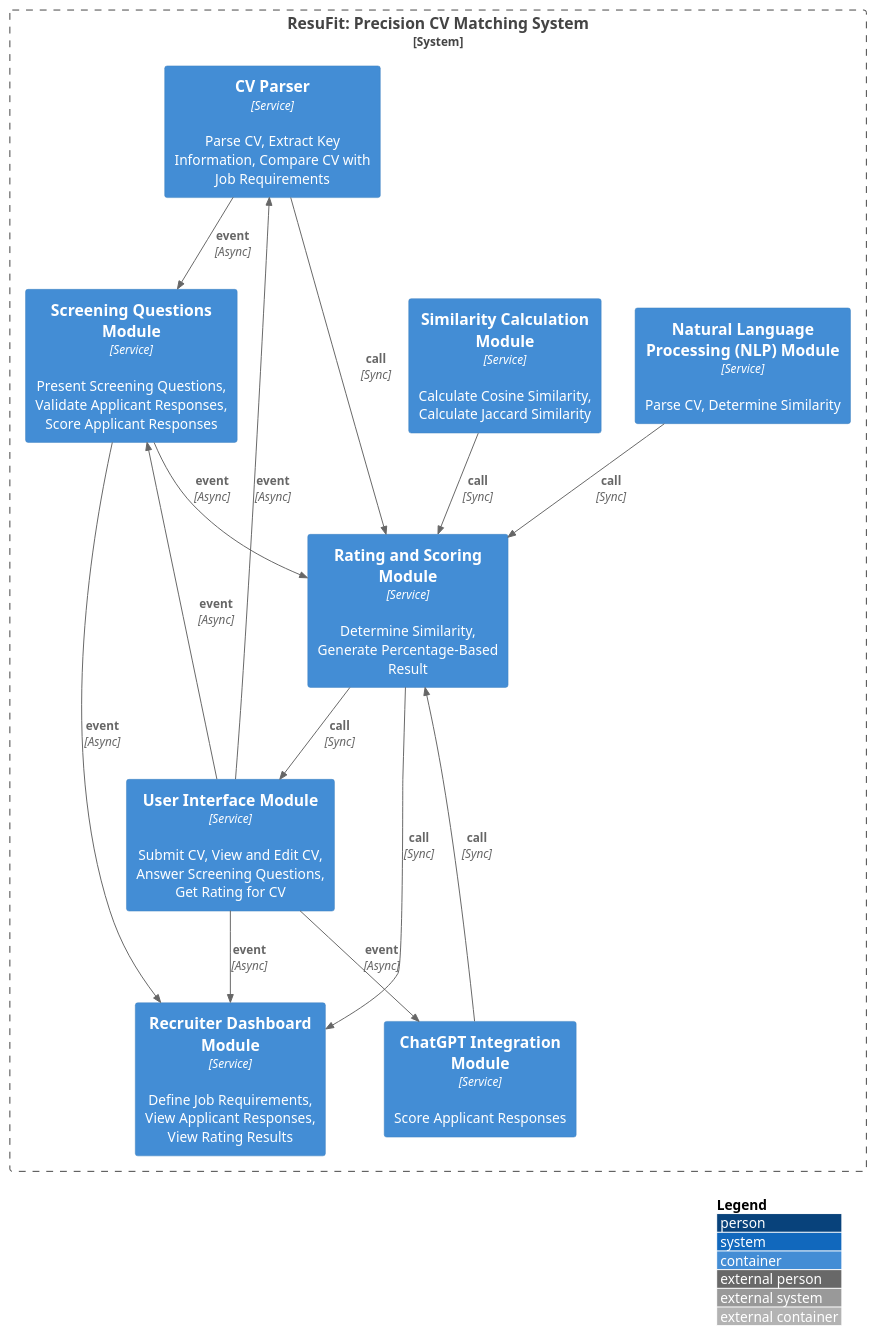
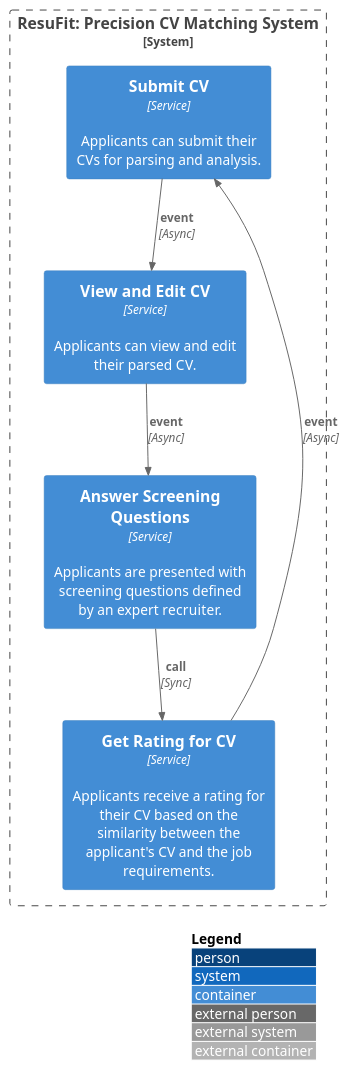
The diagram in data/outputs/architecture_c4.puml (hanaAbdelwahab/GPARCHIMIND), drawn with PlantUML before and after one commit. The commit also changed 20 other files, not shown here.

```diff
--- a/data/outputs/architecture_c4.puml
+++ b/data/outputs/architecture_c4.puml
@@ -1,27 +1,14 @@
 @startuml
 !include https://raw.githubusercontent.com/plantuml-stdlib/C4-PlantUML/master/C4_Container.puml
 LAYOUT_WITH_LEGEND()
 System_Boundary(ResuFitPrecisionCVMatchingSystem, "ResuFit: Precision CV Matching System") {
-  Container(CVParser, "CV Parser", "Service", "Parse CV, Extract Key Information, Compare CV with Job Requirements")
-  Container(ScreeningQuestionsModule, "Screening Questions Module", "Service", "Present Screening Questions, Validate Applicant Responses, Score Applicant Responses")
-  Container(RatingandScoringModule, "Rating and Scoring Module", "Service", "Determine Similarity, Generate Percentage-Based Result")
-  Container(UserInterfaceModule, "User Interface Module", "Service", "Submit CV, View and Edit CV, Answer Screening Questions, Get Rating for CV")
-  Container(NaturalLanguageProcessingNLPModule, "Natural Language Processing (NLP) Module", "Service", "Parse CV, Determine Similarity")
-  Container(SimilarityCalculationModule, "Similarity Calculation Module", "Service", "Calculate Cosine Similarity, Calculate Jaccard Similarity")
-  Container(ChatGPTIntegrationModule, "ChatGPT Integration Module", "Service", "Score Applicant Responses")
-  Container(RecruiterDashboardModule, "Recruiter Dashboard Module", "Service", "Define Job Requirements, View Applicant Responses, View Rating Results")
+  Container(SubmitCV, "Submit CV", "Service", "Applicants can submit their CVs for parsing and analysis.")
+  Container(ViewandEditCV, "View and Edit CV", "Service", "Applicants can view and edit their parsed CV.")
+  Container(AnswerScreeningQuestions, "Answer Screening Questions", "Service", "Applicants are presented with screening questions defined by an expert recruiter.")
+  Container(GetRatingforCV, "Get Rating for CV", "Service", "Applicants receive a rating for their CV based on the similarity between the applicant's CV and the job requirements.")
 }
-Rel(CVParser, ScreeningQuestionsModule, "event", "Async")
-Rel(CVParser, RatingandScoringModule, "call", "Sync")
-Rel(ScreeningQuestionsModule, RatingandScoringModule, "event", "Async")
-Rel(RatingandScoringModule, UserInterfaceModule, "call", "Sync")
-Rel(UserInterfaceModule, CVParser, "event", "Async")
-Rel(UserInterfaceModule, ScreeningQuestionsModule, "event", "Async")
-Rel(NaturalLanguageProcessingNLPModule, RatingandScoringModule, "call", "Sync")
-Rel(SimilarityCalculationModule, RatingandScoringModule, "call", "Sync")
-Rel(ChatGPTIntegrationModule, RatingandScoringModule, "call", "Sync")
-Rel(UserInterfaceModule, ChatGPTIntegrationModule, "event", "Async")
-Rel(UserInterfaceModule, RecruiterDashboardModule, "event", "Async")
-Rel(ScreeningQuestionsModule, RecruiterDashboardModule, "event", "Async")
-Rel(RatingandScoringModule, RecruiterDashboardModule, "call", "Sync")
+Rel(SubmitCV, ViewandEditCV, "event", "Async")
+Rel(ViewandEditCV, AnswerScreeningQuestions, "event", "Async")
+Rel(AnswerScreeningQuestions, GetRatingforCV, "call", "Sync")
+Rel(GetRatingforCV, SubmitCV, "event", "Async")
 @enduml
```
